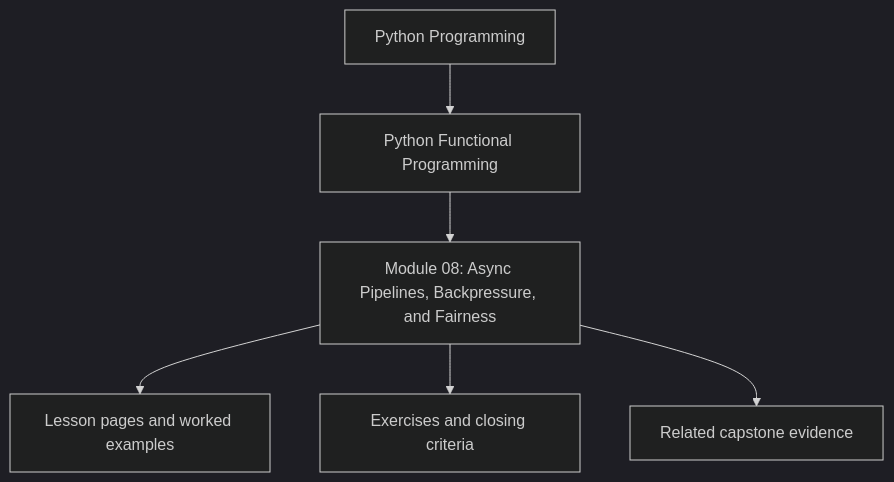
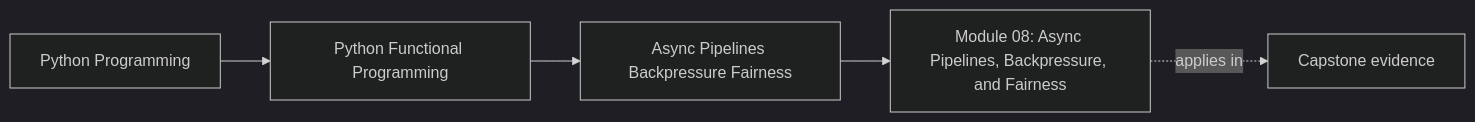
The first of 2 diagrams in programs/python-programming/python-functional-programming/course-book/module-08-async-pipelines-backpressure-fairness/index.md (bijux/bijux-masterclass), drawn with Mermaid (dark theme) before and after one commit. The commit also changed other lines of this file and 108 other files, not shown here.

Commit message:
docs(python-functional-programming): map capstone and advanced design surfaces

````diff
--- a/programs/python-programming/python-functional-programming/course-book/module-08-async-pipelines-backpressure-fairness/index.md
+++ b/programs/python-programming/python-functional-programming/course-book/module-08-async-pipelines-backpressure-fairness/index.md
@@ -7,8 +7,11 @@
 ```mermaid
-flowchart TD
-  family["Python Programming"] --> program["Python Functional Programming"]
-  program --> module["Module 08: Async Pipelines, Backpressure, and Fairness"]
-  module --> lessons["Lesson pages and worked examples"]
-  module --> checkpoints["Exercises and closing criteria"]
-  module --> capstone["Related capstone evidence"]
+graph LR
+  family["Python Programming"]
+  program["Python Functional Programming"]
+  section["Async Pipelines Backpressure Fairness"]
+  page["Module 08: Async Pipelines, Backpressure, and Fairness"]
+  capstone["Capstone evidence"]
+
+  family --> program --> section --> page
+  page -.applies in.-> capstone
 ```
````
